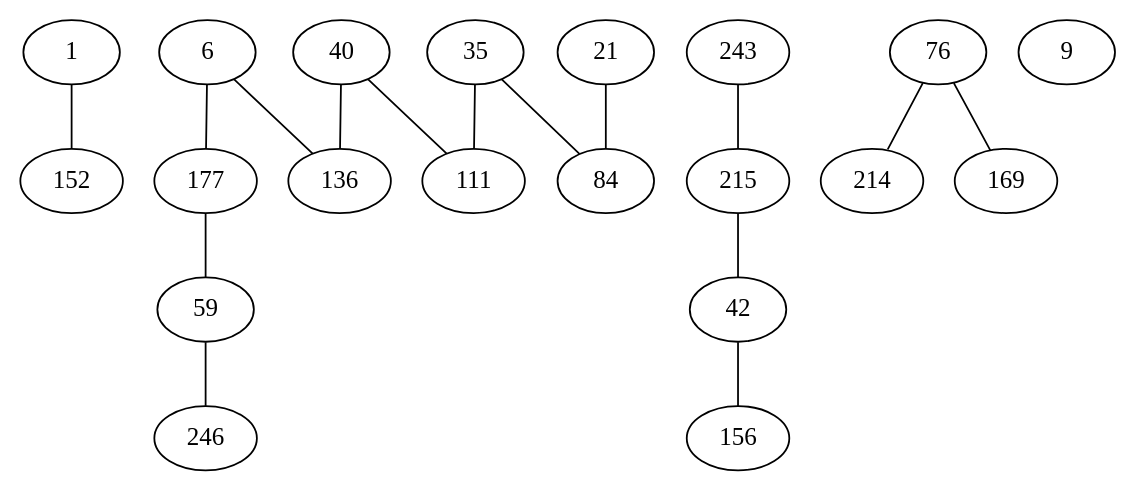
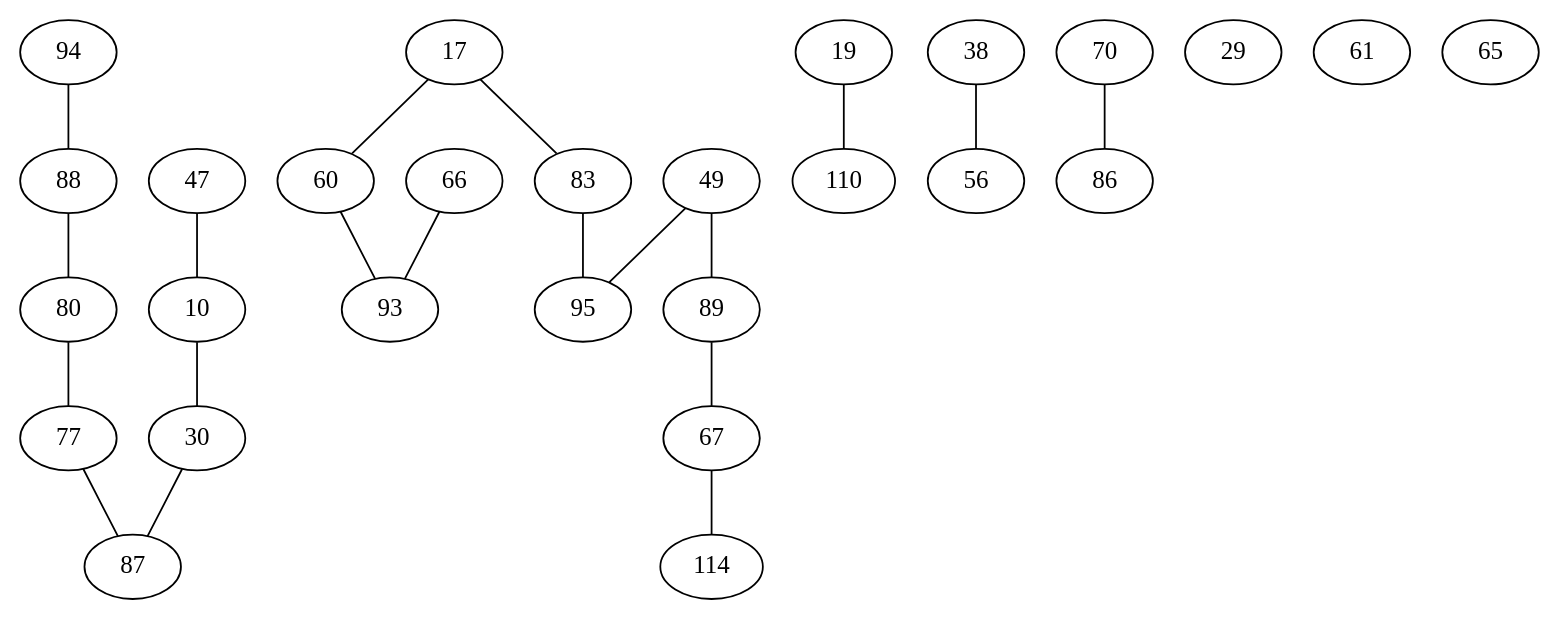
Before and after one commit to AuCson/Genome-Assembly-Implementation: the diagram in external/dbg2olc/StrongRawBestOverlapGraph.dot, drawn with Graphviz. The commit also changed 79 other files, not shown here.

```diff
--- a/external/dbg2olc/StrongRawBestOverlapGraph.dot
+++ b/external/dbg2olc/StrongRawBestOverlapGraph.dot
@@ -1,52 +1,67 @@
 strict graph G {
-1 -- 152;
-6 -- 136;
-21 -- 84;
-35 -- 111;
-40 -- 111;
-42 -- 156;
-59 -- 246;
-76 -- 214;
-84 -- 21;
-111 -- 35;
-136 -- 6;
-152 -- 1;
-177 -- 59;
-215 -- 42;
-243 -- 215;
-246 -- 59;
-6 -- 177;
-35 -- 84;
-40 -- 136;
-42 -- 215;
-59 -- 177;
-76 -- 169;
-84 -- 35;
-111 -- 40;
-136 -- 40;
-156 -- 42;
-169 -- 76;
-177 -- 6;
-214 -- 76;
-215 -- 243;
-1
-6
-9
-21
-35
-40
-42
-59
-76
-84
-111
-136
-152
-156
-169
-177
-214
-215
-243
-246
+10 -- 30;
+17 -- 60;
+30 -- 10;
+47 -- 10;
+49 -- 95;
+60 -- 93;
+66 -- 93;
+67 -- 114;
+77 -- 87;
+80 -- 77;
+83 -- 95;
+87 -- 77;
+88 -- 80;
+89 -- 67;
+93 -- 66;
+94 -- 88;
+95 -- 49;
+114 -- 67;
+10 -- 47;
+17 -- 83;
+19 -- 110;
+30 -- 87;
+38 -- 56;
+49 -- 89;
+56 -- 38;
+60 -- 17;
+67 -- 89;
+70 -- 86;
+77 -- 80;
+80 -- 88;
+83 -- 17;
+86 -- 70;
+87 -- 30;
+88 -- 94;
+89 -- 49;
+93 -- 60;
+95 -- 83;
+110 -- 19;
+10
+17
+19
+29
+30
+38
+47
+49
+56
+60
+61
+65
+66
+67
+70
+77
+80
+83
+86
+87
+88
+89
+93
+94
+95
+110
+114
 }
```
